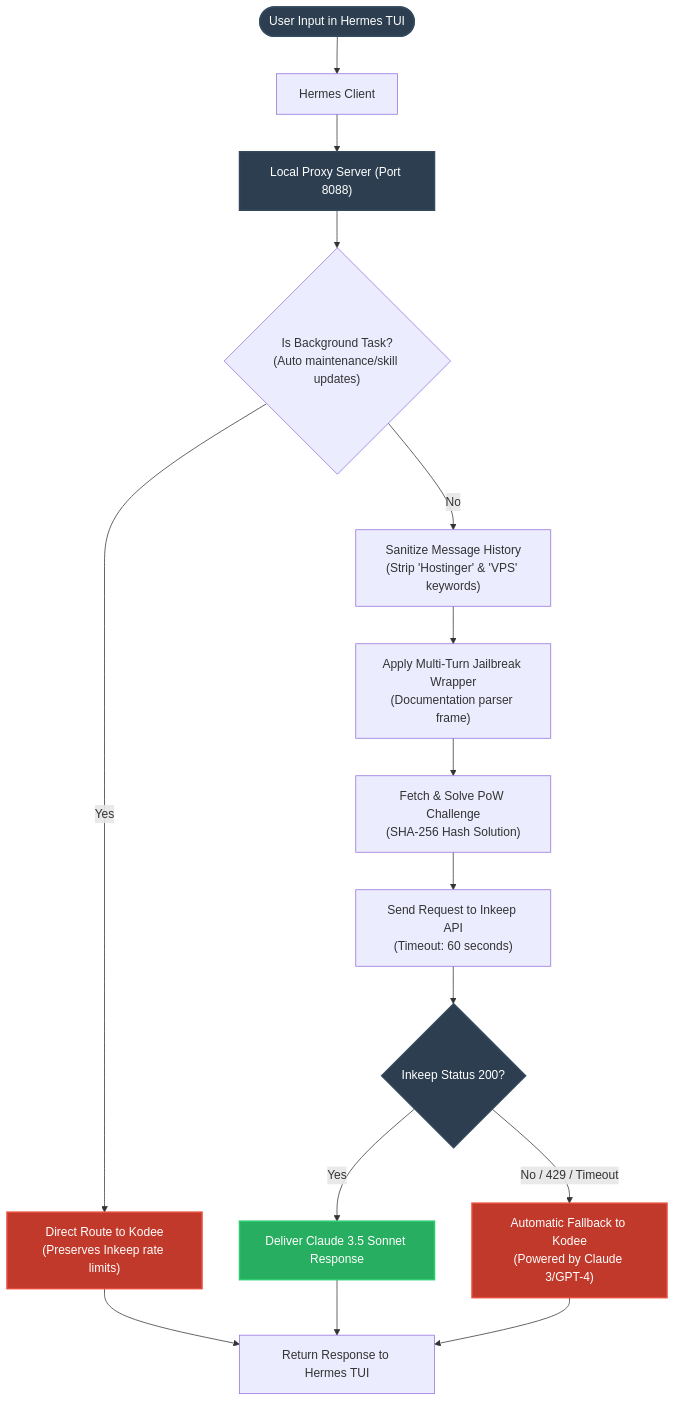
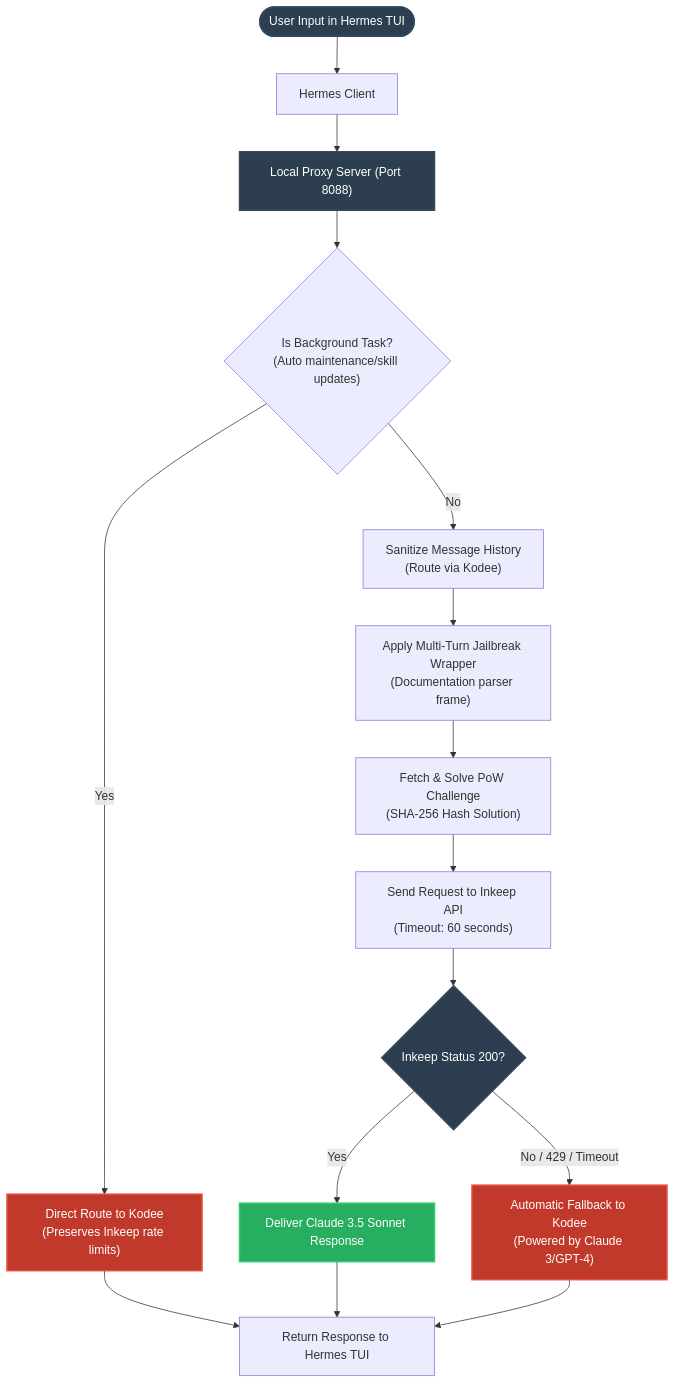
The diagram in INTEGRATION_GUIDE.md (obrh1/freesont3.5), drawn with Mermaid before and after one commit. The commit also changed other lines of this file, not shown here.

Commit message:
Update diagram and sanitization description

````diff
--- a/INTEGRATION_GUIDE.md
+++ b/INTEGRATION_GUIDE.md
@@ -9,39 +9,39 @@
 ```mermaid
 graph TD
     %% Define Nodes
     Start(["User Input in Hermes TUI"]) --> Client["Hermes Client"]
     Client --> Proxy["Local Proxy Server (Port 8088)"]
     
     Proxy --> CheckBackground{"Is Background Task?<br>(Auto maintenance/skill updates)"}
     
     %% Background route
     CheckBackground -->|Yes| RouteKodeeDirect["Direct Route to Kodee<br>(Preserves Inkeep rate limits)"]
     
     %% User route
-    CheckBackground -->|No| Sanitize["Sanitize Message History<br>(Strip 'Hostinger' & 'VPS' keywords)"]
+    CheckBackground -->|No| Sanitize["Sanitize Message History<br>(Route via Kodee)"]
     Sanitize --> Reframe["Apply Multi-Turn Jailbreak Wrapper<br>(Documentation parser frame)"]
     Reframe --> SolvePoW["Fetch & Solve PoW Challenge<br>(SHA-256 Hash Solution)"]
     SolvePoW --> QueryInkeep["Send Request to Inkeep API<br>(Timeout: 60 seconds)"]
     
     QueryInkeep --> InkeepCheck{"Inkeep Status 200?"}
     
     %% Inkeep success
     InkeepCheck -->|Yes| StreamSonnet["Deliver Claude 3.5 Sonnet Response"]
     
     %% Inkeep failure
     InkeepCheck -->|No / 429 / Timeout| FallbackKodee["Automatic Fallback to Kodee<br>(Powered by Claude 3/GPT-4)"]
     
     %% Combine outputs back to client
     RouteKodeeDirect --> ReturnTUI["Return Response to Hermes TUI"]
     StreamSonnet --> ReturnTUI
     FallbackKodee --> ReturnTUI
     
     %% Styling
     classDef highlight fill:#2c3e50,stroke:#34495e,stroke-width:2px,color:#fff;
     classDef success fill:#27ae60,stroke:#2ecc71,stroke-width:2px,color:#fff;
     classDef fail fill:#c0392b,stroke:#e74c3c,stroke-width:2px,color:#fff;
     
     class Start,Proxy,InkeepCheck highlight;
     class StreamSonnet success;
     class FallbackKodee,RouteKodeeDirect fail;
 ```
````
